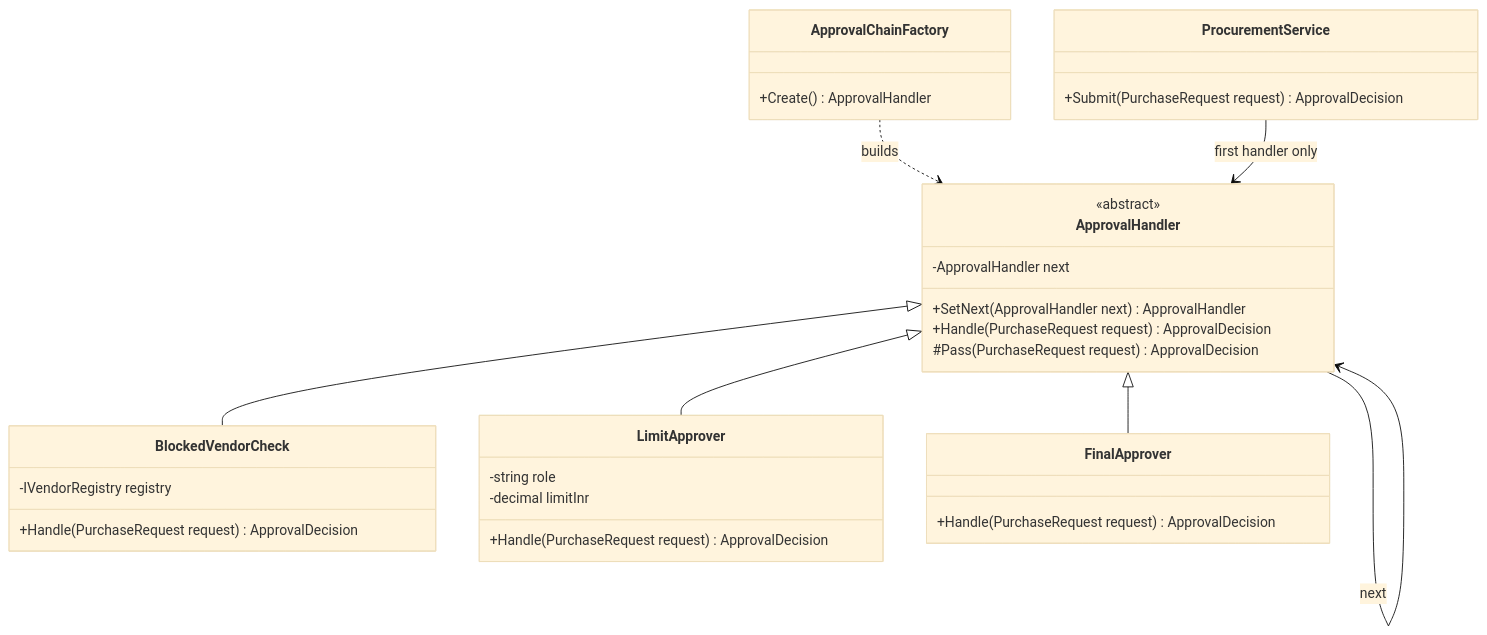
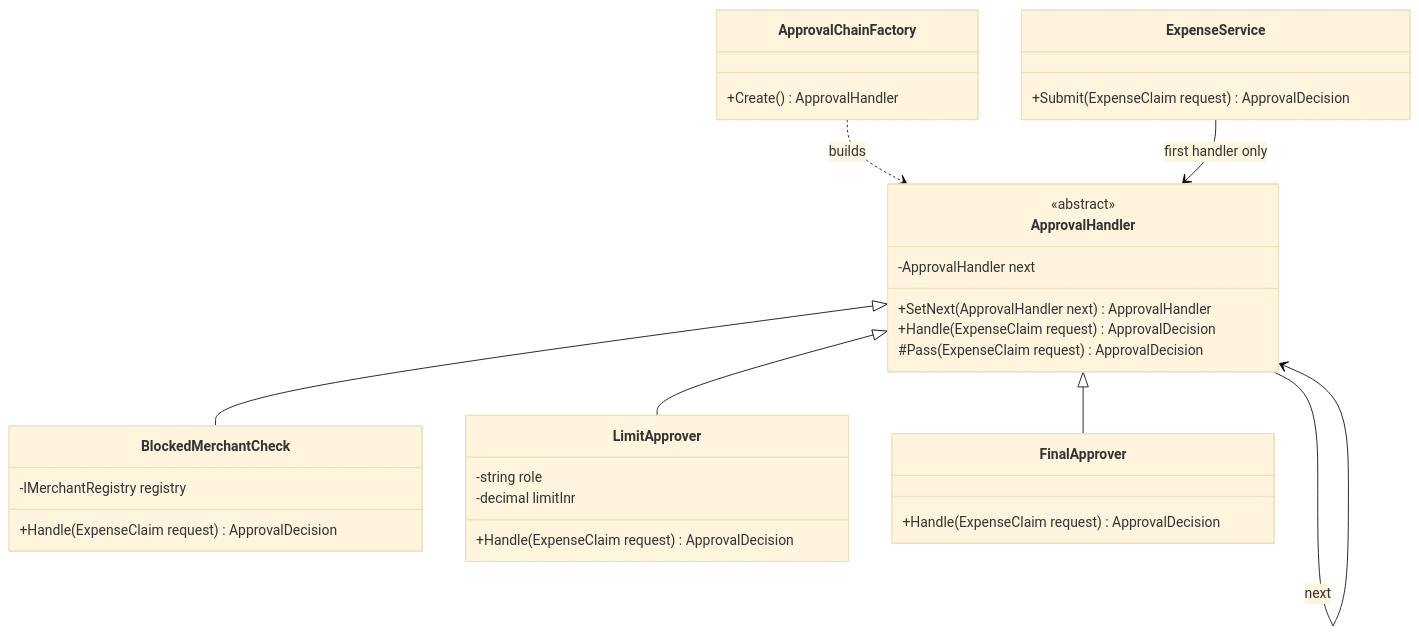
One commit to rizwi0786/system-design-lab changed the first of 3 diagrams in content/lessons/m06/m06-chain-of-responsibility.md. Above: the diagram before and after it, drawn with Mermaid (base theme). The commit also changed other lines of this file and 334 other files, not shown here.

````diff
--- a/content/lessons/m06/m06-chain-of-responsibility.md
+++ b/content/lessons/m06/m06-chain-of-responsibility.md
@@ -141,34 +143,34 @@
 ```mermaid
 classDiagram
     class ApprovalHandler {
         <<abstract>>
         -ApprovalHandler next
         +SetNext(ApprovalHandler next) ApprovalHandler
-        +Handle(PurchaseRequest request) ApprovalDecision
-        #Pass(PurchaseRequest request) ApprovalDecision
+        +Handle(ExpenseClaim request) ApprovalDecision
+        #Pass(ExpenseClaim request) ApprovalDecision
     }
-    class BlockedVendorCheck {
-        -IVendorRegistry registry
-        +Handle(PurchaseRequest request) ApprovalDecision
+    class BlockedMerchantCheck {
+        -IMerchantRegistry registry
+        +Handle(ExpenseClaim request) ApprovalDecision
     }
     class LimitApprover {
         -string role
         -decimal limitInr
-        +Handle(PurchaseRequest request) ApprovalDecision
+        +Handle(ExpenseClaim request) ApprovalDecision
     }
     class FinalApprover {
-        +Handle(PurchaseRequest request) ApprovalDecision
+        +Handle(ExpenseClaim request) ApprovalDecision
     }
     class ApprovalChainFactory {
         +Create() ApprovalHandler
     }
-    class ProcurementService {
-        +Submit(PurchaseRequest request) ApprovalDecision
+    class ExpenseService {
+        +Submit(ExpenseClaim request) ApprovalDecision
     }
-    ApprovalHandler <|-- BlockedVendorCheck
+    ApprovalHandler <|-- BlockedMerchantCheck
     ApprovalHandler <|-- LimitApprover
     ApprovalHandler <|-- FinalApprover
     ApprovalHandler --> ApprovalHandler : next
     ApprovalChainFactory ..> ApprovalHandler : builds
-    ProcurementService --> ApprovalHandler : first handler only
+    ExpenseService --> ApprovalHandler : first handler only
 ```
````
